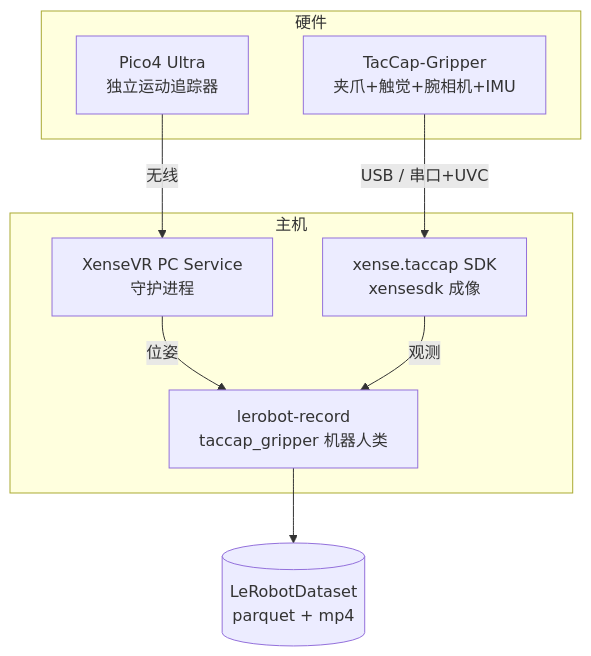
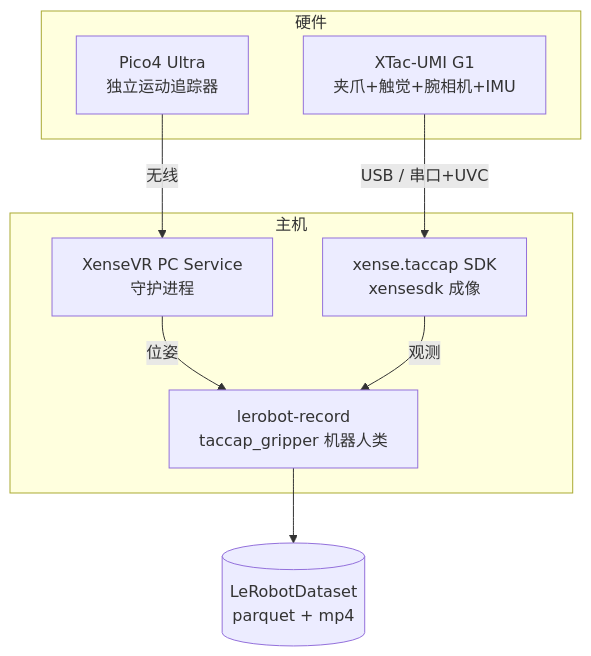
One commit to Vertax42/taccap-gripper-docs changed the first of 2 diagrams in docs/01-overview.md. Above: the diagram before and after it, drawn with Mermaid. The commit also changed other lines of this file and 14 other files, not shown here.

First line of the commit message:
docs: 产品显示名 TacCap-Gripper → XTac-UMI G1(保留代码标识符)

````diff
--- a/docs/01-overview.md
+++ b/docs/01-overview.md
@@ -32,17 +31,17 @@
 ```mermaid
 flowchart TB
     subgraph 硬件
-      G[TacCap-Gripper<br/>夹爪+触觉+腕相机+IMU]
+      G[XTac-UMI G1<br/>夹爪+触觉+腕相机+IMU]
       P[Pico4 Ultra<br/>独立运动追踪器]
     end
     subgraph 主机
       PS[XenseVR PC Service<br/>守护进程]
       SDK[xense.taccap SDK<br/>xensesdk 成像]
       LR[lerobot-record<br/>taccap_gripper 机器人类]
     end
     G -- USB / 串口+UVC --> SDK
     P -- 无线 --> PS
     PS -- 位姿 --> LR
     SDK -- 观测 --> LR
     LR --> DS[(LeRobotDataset<br/>parquet + mp4)]
 ```
````
